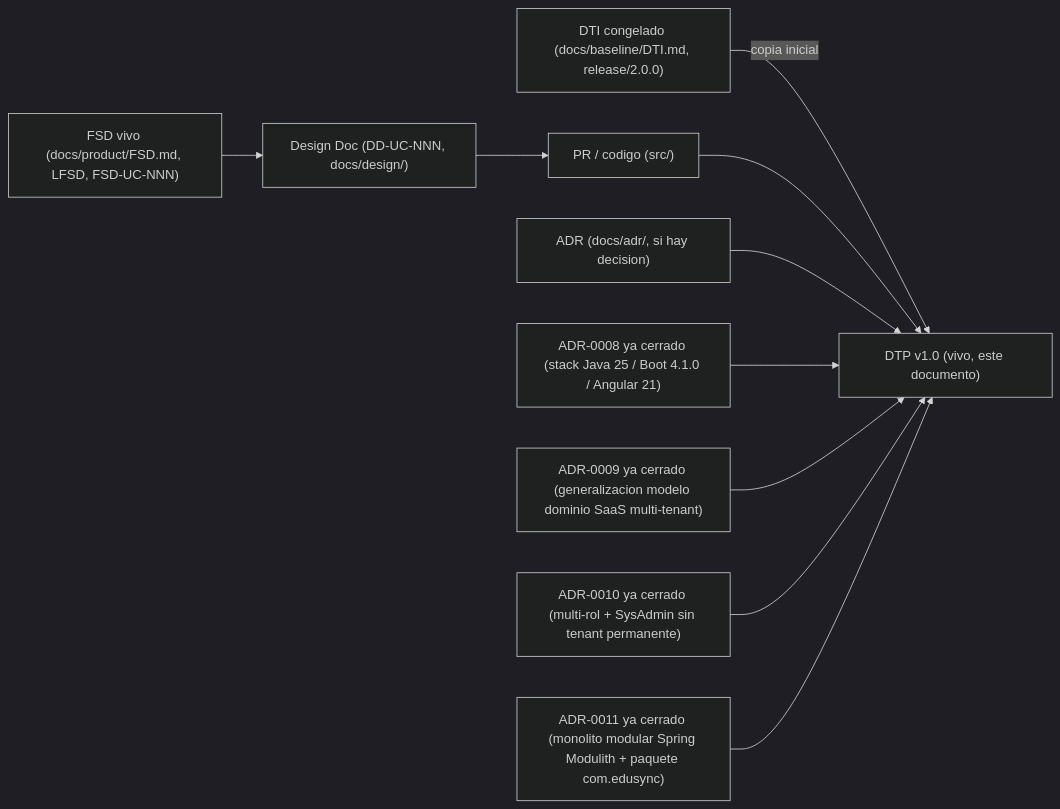
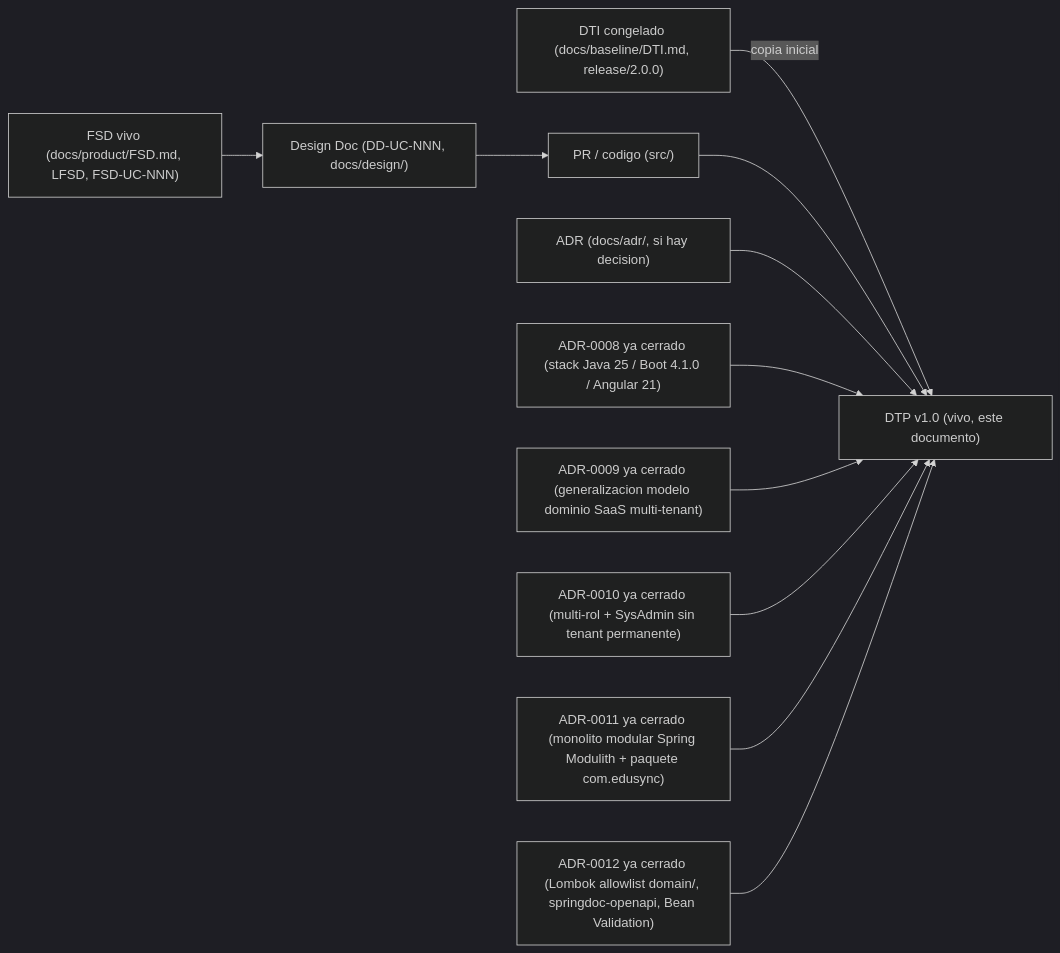
Before and after one commit to aspeti/edusync_m4: the diagram in docs/product/DTP.md, drawn with Mermaid (dark theme). The commit also changed other lines of this file and 26 other files, not shown here.

````diff
--- a/docs/product/DTP.md
+++ b/docs/product/DTP.md
@@ -46,12 +46,13 @@
 ```mermaid
 flowchart LR
   DTI["DTI congelado (docs/baseline/DTI.md, release/2.0.0)"] -->|copia inicial| DTP["DTP v1.0 (vivo, este documento)"]
   FSDv["FSD vivo (docs/product/FSD.md, LFSD, FSD-UC-NNN)"] --> DD["Design Doc (DD-UC-NNN, docs/design/)"]
   DD --> Code["PR / codigo (src/)"]
   Code --> DTP
   ADR["ADR (docs/adr/, si hay decision)"] --> DTP
   ADR8["ADR-0008 ya cerrado (stack Java 25 / Boot 4.1.0 / Angular 21)"] --> DTP
   ADR9["ADR-0009 ya cerrado (generalizacion modelo dominio SaaS multi-tenant)"] --> DTP
   ADR10["ADR-0010 ya cerrado (multi-rol + SysAdmin sin tenant permanente)"] --> DTP
   ADR11["ADR-0011 ya cerrado (monolito modular Spring Modulith + paquete com.edusync)"] --> DTP
+  ADR12["ADR-0012 ya cerrado (Lombok allowlist domain/, springdoc-openapi, Bean Validation)"] --> DTP
 ```
````
